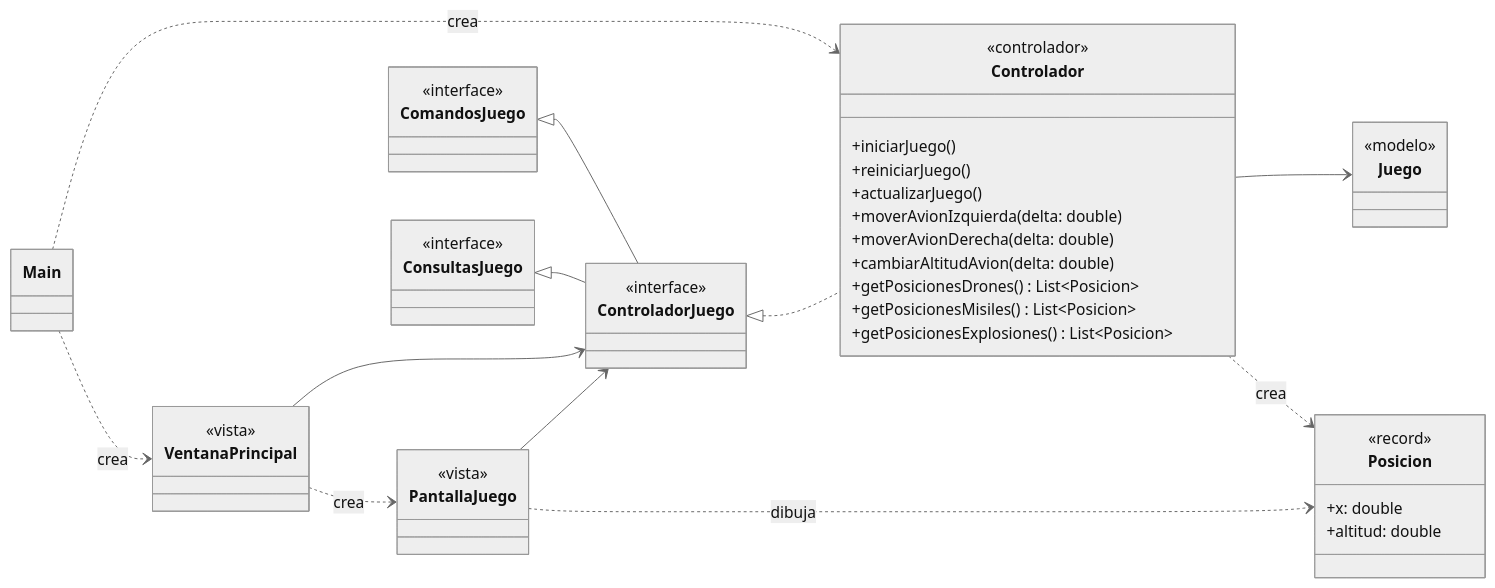
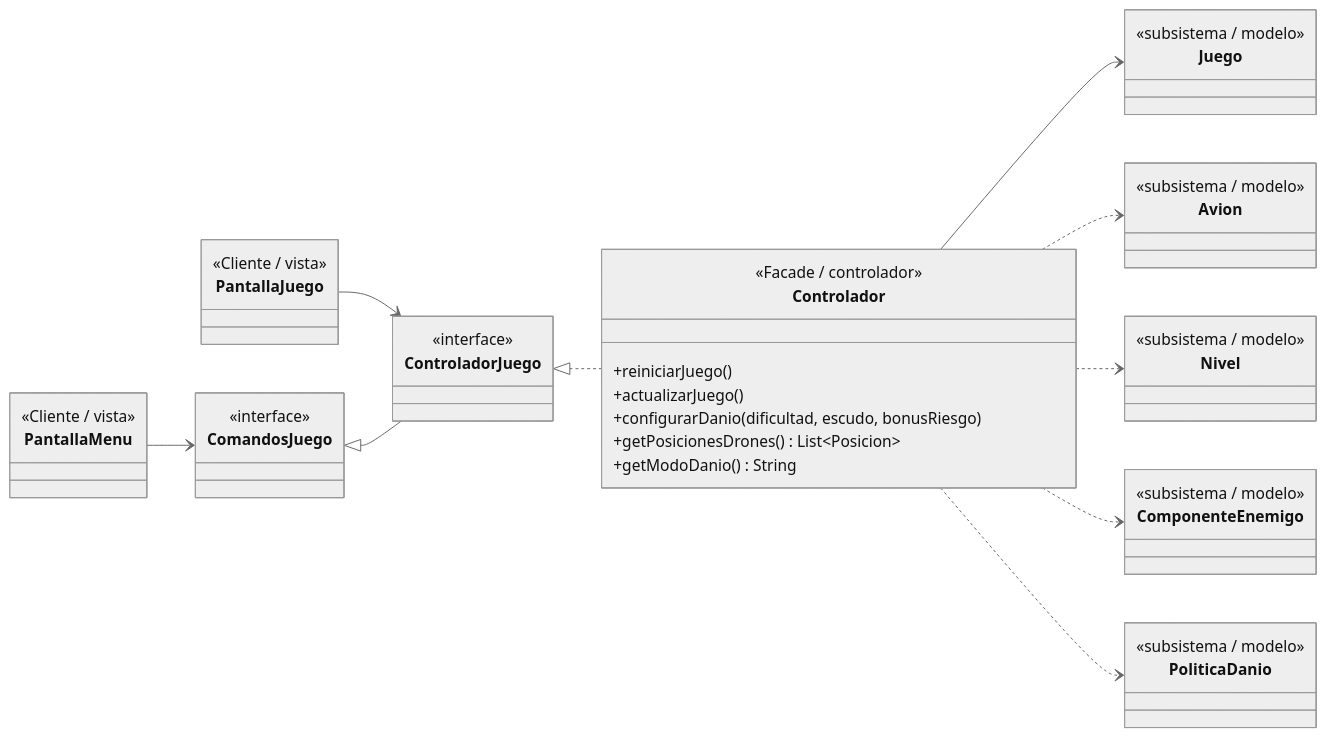
The fifth of 5 diagrams in skydefense/docs/diagramas.md (Furfaroignacio/ProcesoDesarrollo), drawn with Mermaid (neutral theme) before and after one commit. The commit also changed other lines of this file and 15 other files, not shown here.

````diff
--- a/skydefense/docs/diagramas.md
+++ b/skydefense/docs/diagramas.md
@@ -243,53 +608,49 @@
 ```mermaid
 classDiagram
     direction LR
-
-    class Main
-    class VentanaPrincipal {
-        <<vista>>
+    class PantallaMenu {
+        <<Cliente / vista>>
     }
     class PantallaJuego {
-        <<vista>>
+        <<Cliente / vista>>
     }
     class ComandosJuego {
-        <<interface>>
-    }
-    class ConsultasJuego {
         <<interface>>
     }
     class ControladorJuego {
         <<interface>>
     }
     class Controlador {
-        <<controlador>>
-        +iniciarJuego()
+        <<Facade / controlador>>
         +reiniciarJuego()
         +actualizarJuego()
-        +moverAvionIzquierda(delta: double)
-        +moverAvionDerecha(delta: double)
-        +cambiarAltitudAvion(delta: double)
+        +configurarDanio(dificultad, escudo, bonusRiesgo)
         +getPosicionesDrones() List~Posicion~
-        +getPosicionesMisiles() List~Posicion~
-        +getPosicionesExplosiones() List~Posicion~
-    }
-    class Posicion {
-        <<record>>
-        +x: double
-        +altitud: double
+        +getModoDanio() String
     }
     class Juego {
-        <<modelo>>
+        <<subsistema / modelo>>
+    }
+    class Avion {
+        <<subsistema / modelo>>
+    }
+    class Nivel {
+        <<subsistema / modelo>>
+    }
+    class ComponenteEnemigo {
+        <<subsistema / modelo>>
+    }
+    class PoliticaDanio {
+        <<subsistema / modelo>>
     }
 
-    Main ..> Controlador : crea
-    Main ..> VentanaPrincipal : crea
+    PantallaMenu --> ComandosJuego
+    PantallaJuego --> ControladorJuego
     ComandosJuego <|-- ControladorJuego
-    ConsultasJuego <|-- ControladorJuego
     ControladorJuego <|.. Controlador
-    VentanaPrincipal --> ControladorJuego
-    VentanaPrincipal ..> PantallaJuego : crea
-    PantallaJuego --> ControladorJuego
-    PantallaJuego ..> Posicion : dibuja
     Controlador --> Juego
-    Controlador ..> Posicion : crea
+    Controlador ..> Avion
+    Controlador ..> Nivel
+    Controlador ..> ComponenteEnemigo
+    Controlador ..> PoliticaDanio
 ```
````
